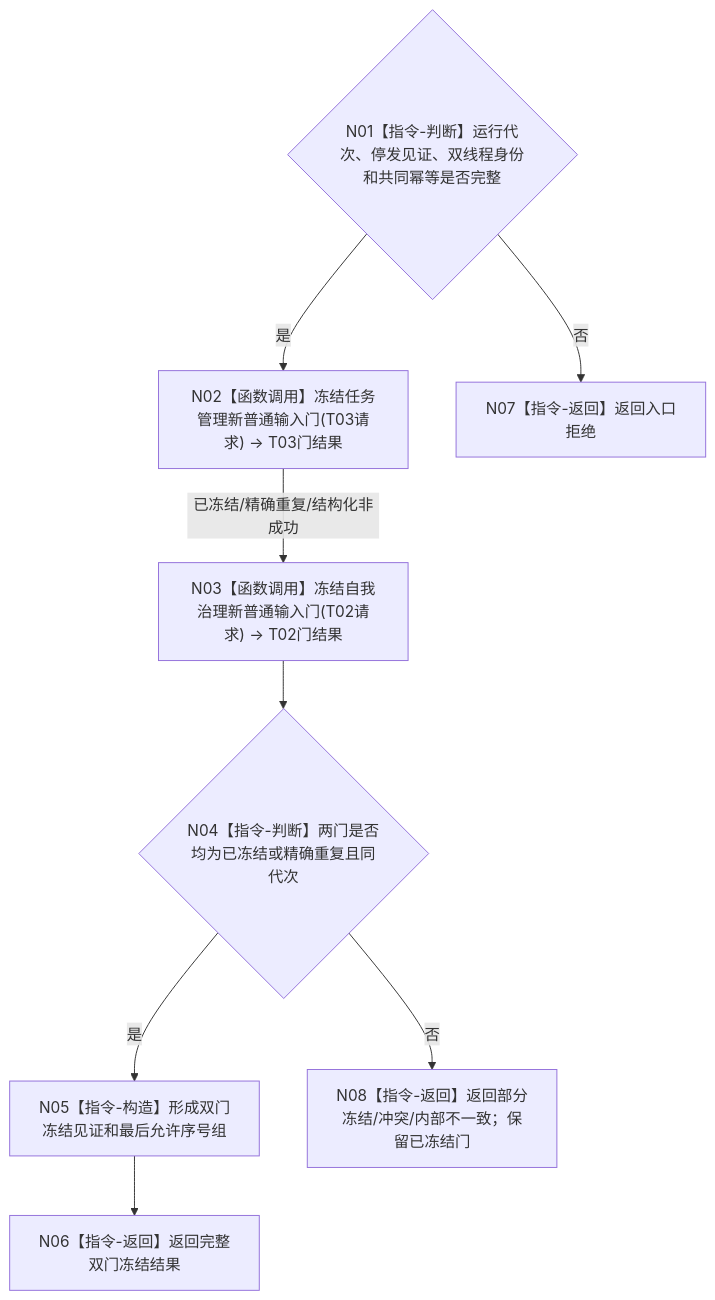
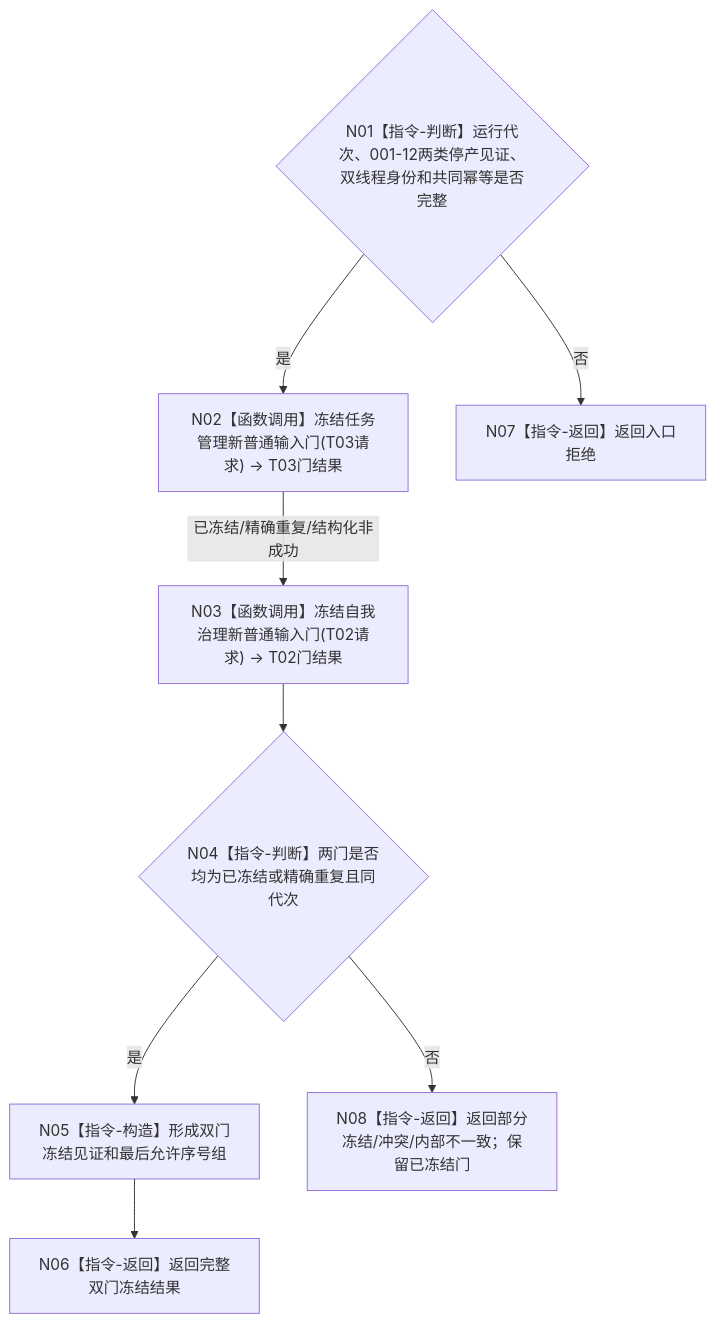
The diagram in 流程图/目标业务流程图/L3/BIZ-L3-001-14-01_冻结任务管理与自我治理新普通输入门_目标函数流程图_v0.1.md (chunhaizh-cyber/HY-Ego), drawn with Mermaid before and after one commit. The commit also changed other lines of this file and 16 other files, not shown here.

````diff
--- a/流程图/目标业务流程图/L3/BIZ-L3-001-14-01_冻结任务管理与自我治理新普通输入门_目标函数流程图_v0.1.md
+++ b/流程图/目标业务流程图/L3/BIZ-L3-001-14-01_冻结任务管理与自我治理新普通输入门_目标函数流程图_v0.1.md
@@ -30,18 +30,18 @@
 ```mermaid
 flowchart TD
-    N01{"N01【指令-判断】运行代次、停发见证、双线程身份和共同幂等是否完整"}
+    N01{"N01【指令-判断】运行代次、001-12两类停产见证、双线程身份和共同幂等是否完整"}
     N02["N02【函数调用】冻结任务管理新普通输入门(T03请求) -> T03门结果"]
     N03["N03【函数调用】冻结自我治理新普通输入门(T02请求) -> T02门结果"]
     N04{"N04【指令-判断】两门是否均为已冻结或精确重复且同代次"}
     N05["N05【指令-构造】形成双门冻结见证和最后允许序号组"]
     N06["N06【指令-返回】返回完整双门冻结结果"]
     N07["N07【指令-返回】返回入口拒绝"]
     N08["N08【指令-返回】返回部分冻结/冲突/内部不一致；保留已冻结门"]
 
     N01 -->|否| N07
     N01 -->|是| N02
     N02 -->|已冻结/精确重复/结构化非成功| N03
     N03 --> N04
     N04 -->|是| N05 --> N06
     N04 -->|否| N08
 ```
````
